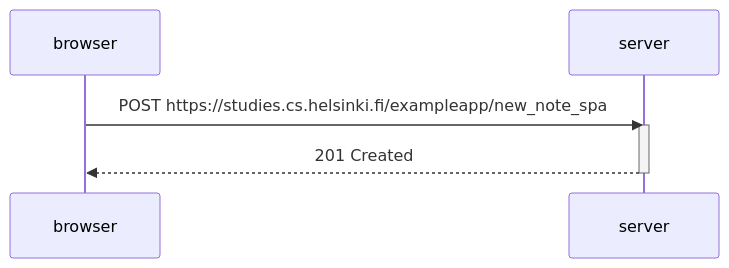
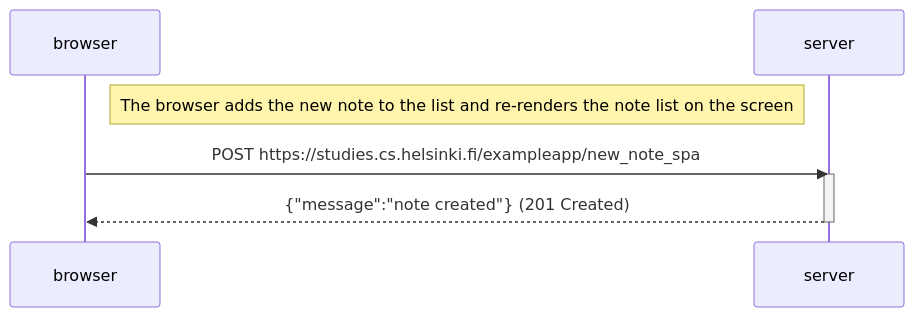
Before and after one commit to Nese123/HY-Full-Stack-palautusrepositorio: the diagram in osa0/muistiinpano_spa.md, drawn with Mermaid.

````diff
--- a/osa0/muistiinpano_spa.md
+++ b/osa0/muistiinpano_spa.md
@@ -1,10 +1,12 @@
 ```mermaid
 sequenceDiagram
     participant browser
     participant server
 
+    Note right of browser: The browser adds the new note to the list and re-renders the note list on the screen
+
     browser->>server: POST https://studies.cs.helsinki.fi/exampleapp/new_note_spa
     activate server
-    server-->>browser: 201 Created
+    server-->>browser: {"message":"note created"} (201 Created)
     deactivate server
 ```
````
